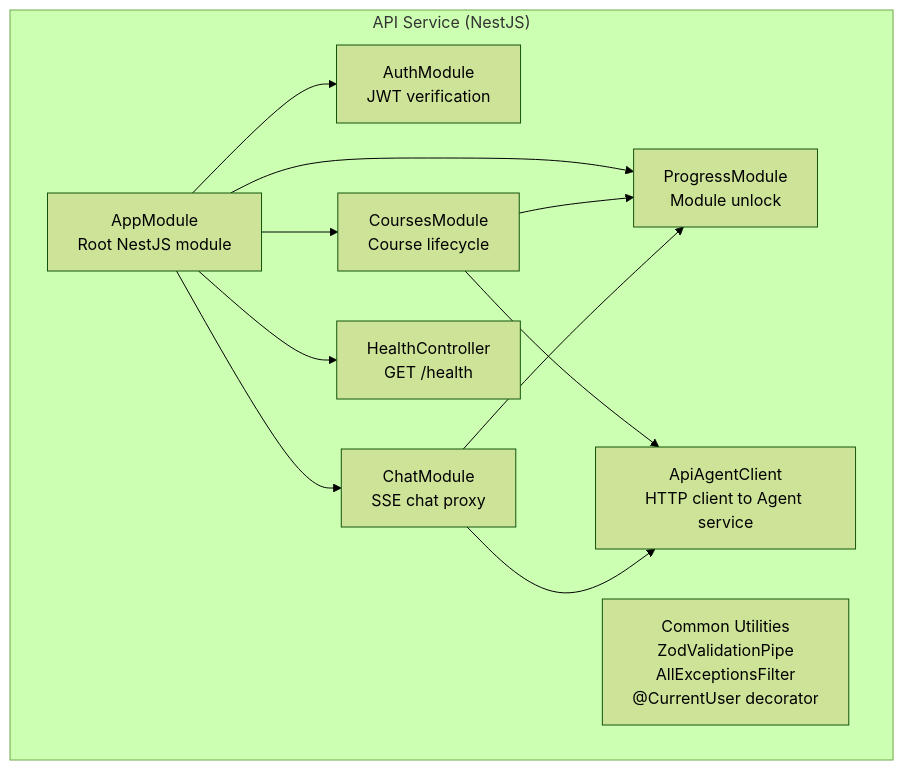
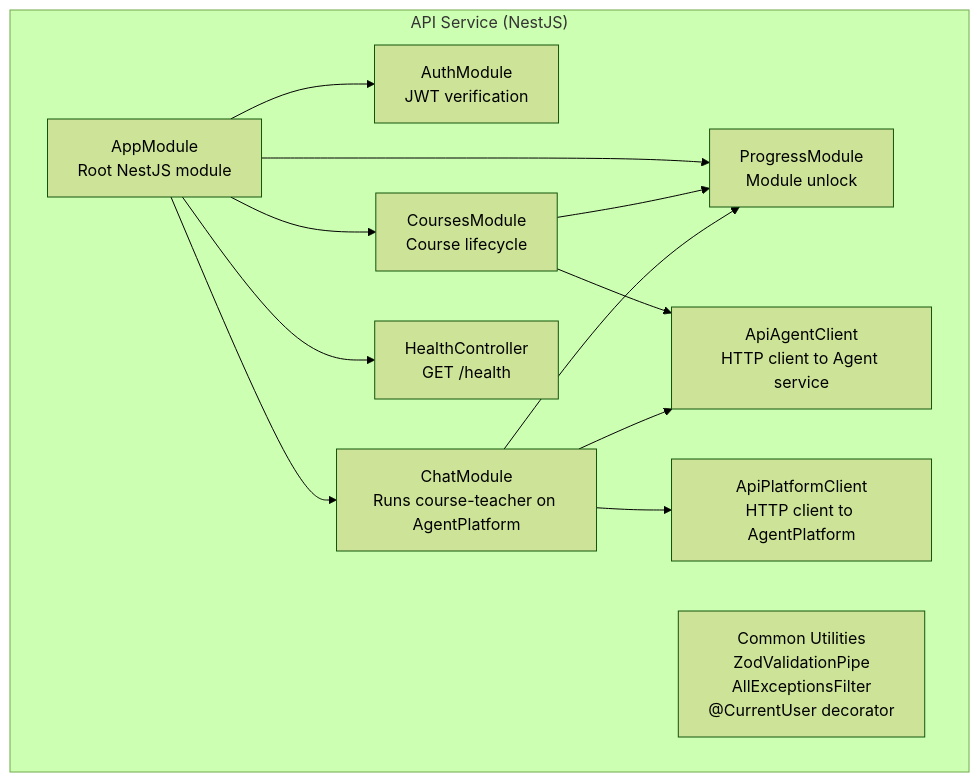
The first of 4 diagrams in docs/architecture/c4/c4-components.md (DavidRoyBlue/Autodidact), drawn with Mermaid (forest theme) before and after one commit. The commit also changed other lines of this file and 125 other files, not shown here.

First line of the commit message:
The module teacher runs on AgentPlatform's course-teacher agent (ADR-031) (#312)

````diff
--- a/docs/architecture/c4/c4-components.md
+++ b/docs/architecture/c4/c4-components.md
@@ -9,23 +9,25 @@
 ```mermaid
 graph TD
     subgraph "API Service (NestJS)"
         AM[AppModule<br/>Root NestJS module]
         AUTH[AuthModule<br/>JWT verification]
         COURSES[CoursesModule<br/>Course lifecycle]
-        CHAT[ChatModule<br/>SSE chat proxy]
+        CHAT[ChatModule<br/>Runs course-teacher on AgentPlatform]
         PROG[ProgressModule<br/>Module unlock]
         HEALTH[HealthController<br/>GET /health]
         COMMON[Common Utilities<br/>ZodValidationPipe<br/>AllExceptionsFilter<br/>@CurrentUser decorator]
         AC[ApiAgentClient<br/>HTTP client to Agent service]
+        APC[ApiPlatformClient<br/>HTTP client to AgentPlatform]
     end
 
     AM --> AUTH
     AM --> COURSES
     AM --> CHAT
     AM --> PROG
     AM --> HEALTH
     COURSES --> AC
     CHAT --> AC
+    CHAT --> APC
     COURSES --> PROG
     CHAT --> PROG
 ```
````
